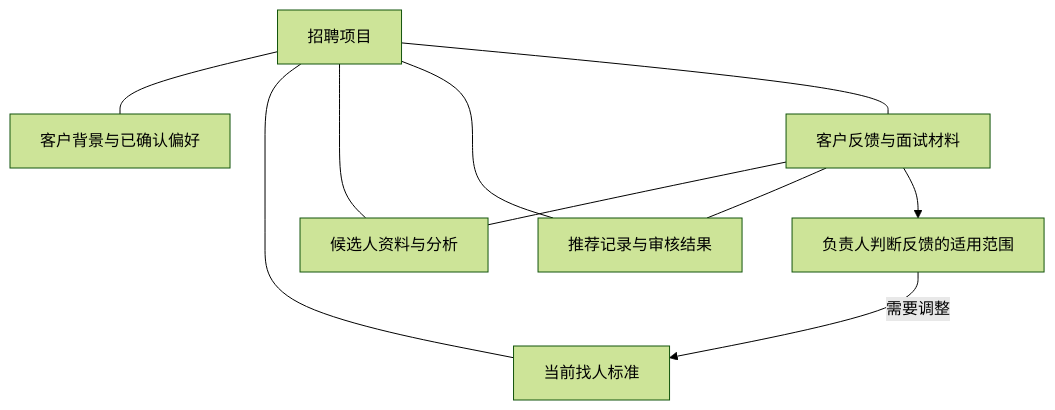
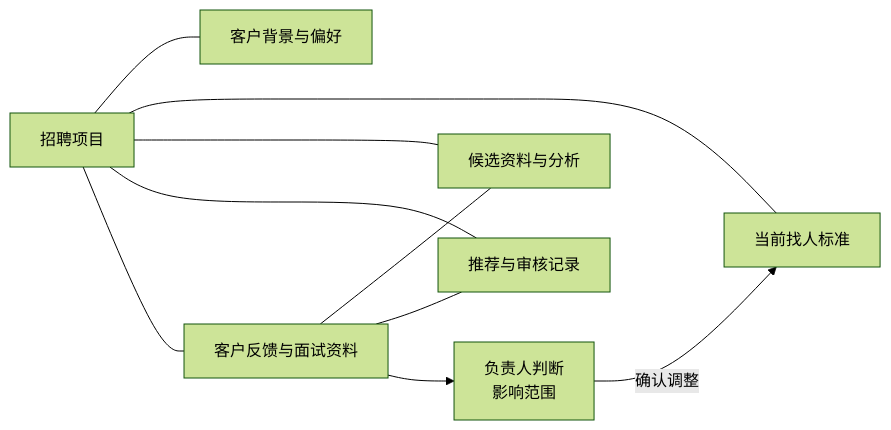
The second of 2 diagrams in content/cases/recruitment-delivery.md (cytlabs/personal-site), drawn with Mermaid (forest theme) before and after one commit. The commit also changed other lines of this file and 17 other files, not shown here.

First line of the commit message:
统一图表排版、主题和大图查看 (#15)

````diff
--- a/content/cases/recruitment-delivery.md
+++ b/content/cases/recruitment-delivery.md
@@ -38,12 +42,12 @@
 ```mermaid
-flowchart TD
-    P["招聘项目"] --- C["客户背景与已确认偏好"]
+flowchart LR
+    P["招聘项目"] --- C["客户背景与偏好"]
     P --- R["当前找人标准"]
-    P --- N["候选人资料与分析"]
-    P --- S["推荐记录与审核结果"]
-    P --- F["客户反馈与面试材料"]
+    P --- N["候选资料与分析"]
+    P --- S["推荐与审核记录"]
+    P --- F["客户反馈与面试资料"]
     F --- N
     F --- S
-    F --> J["负责人判断反馈的适用范围"]
-    J -->|需要调整| R
+    F --> J["负责人判断<br/>影响范围"]
+    J -->|确认调整| R
 ```
````
